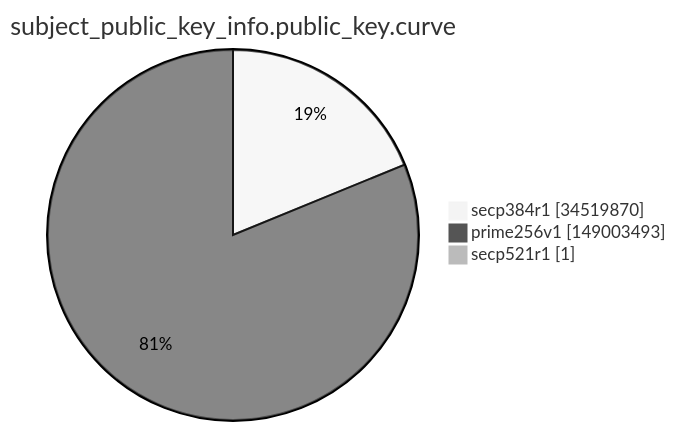
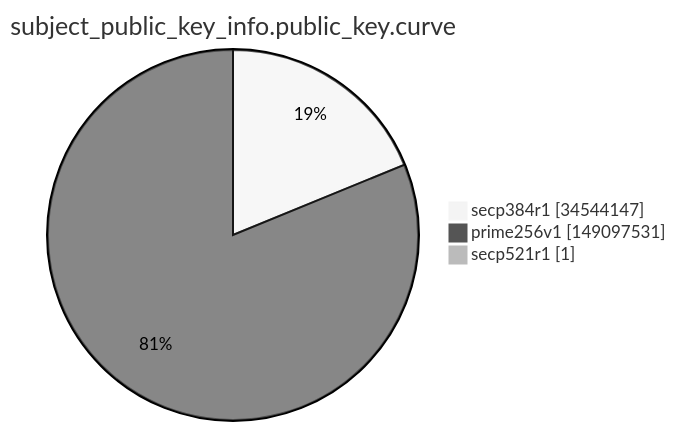
The ninth of 15 diagrams in argon2022/README.md (christiankrug/ctmonitor_visualization), drawn with Mermaid (neutral theme) before and after one commit. The commit also changed other lines of this file, not shown here.

````diff
--- a/argon2022/README.md
+++ b/argon2022/README.md
@@ -2764,7 +2764,7 @@
 ```mermaid
 pie showData
 title subject_public_key_info.public_key.curve
-"secp384r1" :34519870
-"prime256v1" :149003493
+"secp384r1" :34544147
+"prime256v1" :149097531
 "secp521r1" :1
 ```
````
